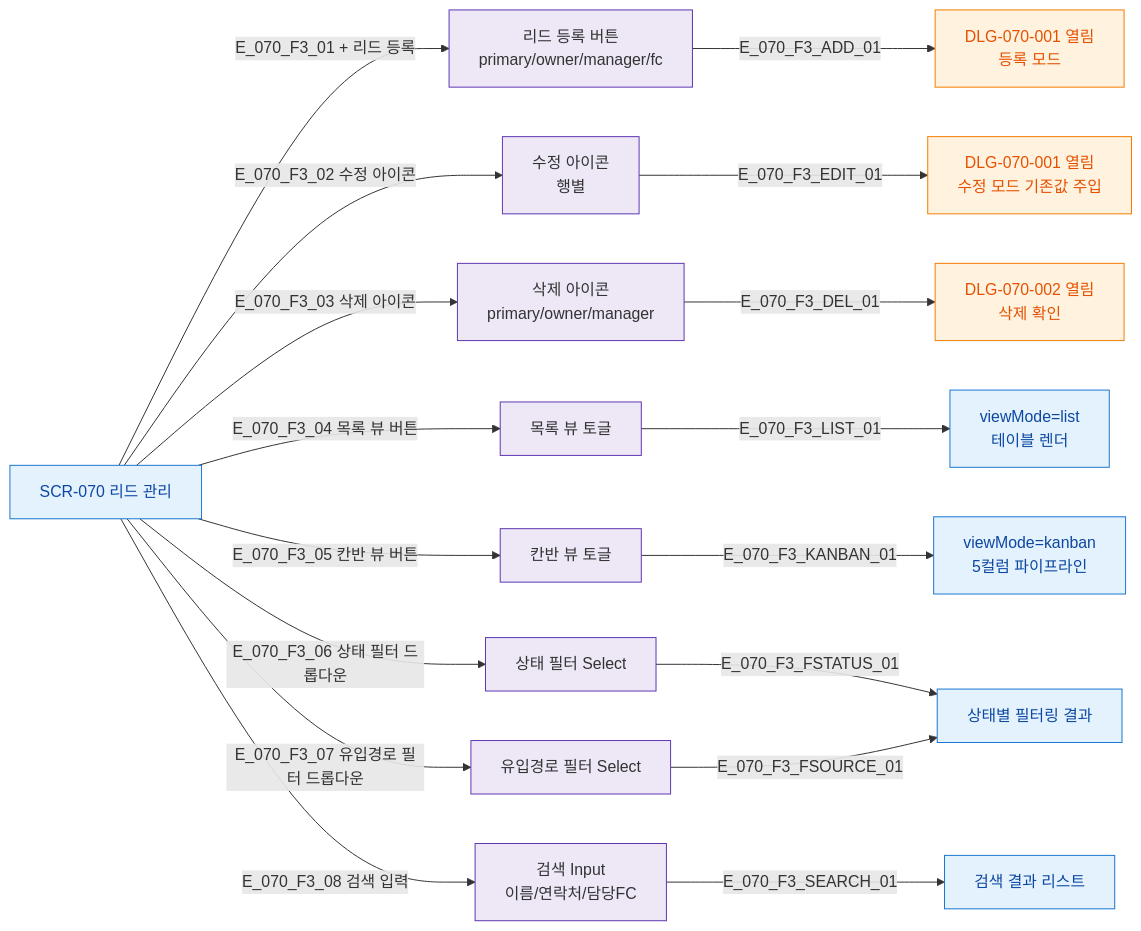
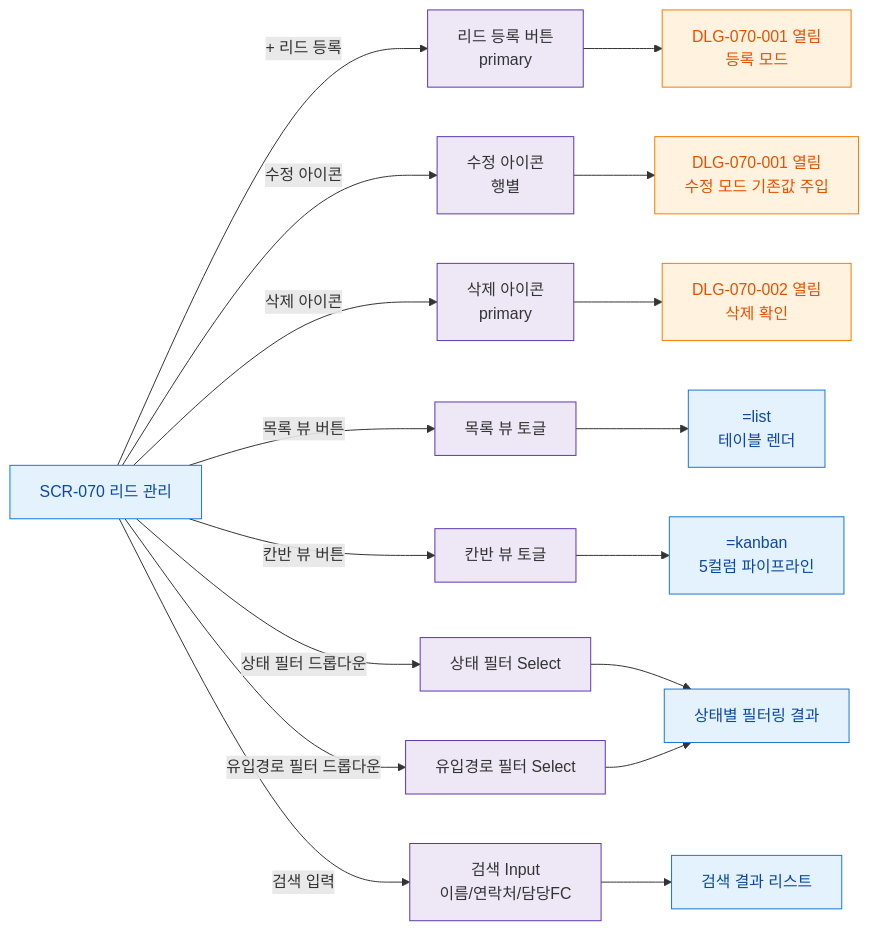
The diagram in docs/다이어그램/D08_마케팅/SCR-070_리드관리/F3_버튼액션.md (dev-spogym/admin-pando), drawn with Mermaid before and after one commit. The commit also changed other lines of this file and 1660 other files, not shown here.

First line of the commit message:
다이어그램: 기획자/클라이언트 납품본으로 정리

````diff
--- a/docs/다이어그램/D08_마케팅/SCR-070_리드관리/F3_버튼액션.md
+++ b/docs/다이어그램/D08_마케팅/SCR-070_리드관리/F3_버튼액션.md
@@ -22,30 +20,30 @@
 ```mermaid
 flowchart LR
   SCR_070[SCR-070 리드 관리]
 
-  SCR_070 -->|E_070_F3_01 + 리드 등록| BTN_ADD[리드 등록 버튼\nprimary/owner/manager/fc]
-  SCR_070 -->|E_070_F3_02 수정 아이콘| BTN_EDIT[수정 아이콘\n행별]
-  SCR_070 -->|E_070_F3_03 삭제 아이콘| BTN_DEL[삭제 아이콘\nprimary/owner/manager]
-  SCR_070 -->|E_070_F3_04 목록 뷰 버튼| BTN_LIST[목록 뷰 토글]
-  SCR_070 -->|E_070_F3_05 칸반 뷰 버튼| BTN_KANBAN[칸반 뷰 토글]
-  SCR_070 -->|E_070_F3_06 상태 필터 드롭다운| BTN_FILTER_STATUS[상태 필터 Select]
-  SCR_070 -->|E_070_F3_07 유입경로 필터 드롭다운| BTN_FILTER_SOURCE[유입경로 필터 Select]
-  SCR_070 -->|E_070_F3_08 검색 입력| BTN_SEARCH[검색 Input\n이름/연락처/담당FC]
+  SCR_070 -->|+ 리드 등록|BTN_ADD[리드 등록 버튼\nprimary]
+  SCR_070 -->|수정 아이콘|BTN_EDIT[수정 아이콘\n행별]
+  SCR_070 -->|삭제 아이콘|BTN_DEL[삭제 아이콘\nprimary]
+  SCR_070 -->|목록 뷰 버튼|BTN_LIST[목록 뷰 토글]
+  SCR_070 -->|칸반 뷰 버튼|BTN_KANBAN[칸반 뷰 토글]
+  SCR_070 -->|상태 필터 드롭다운|BTN_FILTER_STATUS[상태 필터 Select]
+  SCR_070 -->|유입경로 필터 드롭다운|BTN_FILTER_SOURCE[유입경로 필터 Select]
+  SCR_070 -->|검색 입력|BTN_SEARCH[검색 Input\n이름/연락처/담당FC]
 
-  BTN_ADD -->|E_070_F3_ADD_01| DLG_001[DLG-070-001 열림\n등록 모드]
-  BTN_EDIT -->|E_070_F3_EDIT_01| DLG_001_EDIT[DLG-070-001 열림\n수정 모드 기존값 주입]
-  BTN_DEL -->|E_070_F3_DEL_01| DLG_002[DLG-070-002 열림\n삭제 확인]
-  BTN_LIST -->|E_070_F3_LIST_01| VIEW_LIST[viewMode=list\n테이블 렌더]
-  BTN_KANBAN -->|E_070_F3_KANBAN_01| VIEW_KANBAN[viewMode=kanban\n5컬럼 파이프라인]
-  BTN_FILTER_STATUS -->|E_070_F3_FSTATUS_01| FILTERED[상태별 필터링 결과]
-  BTN_FILTER_SOURCE -->|E_070_F3_FSOURCE_01| FILTERED
-  BTN_SEARCH -->|E_070_F3_SEARCH_01| SEARCHED[검색 결과 리스트]
+  BTN_ADD --> DLG_001[DLG-070-001 열림\n등록 모드]
+  BTN_EDIT --> DLG_001_EDIT[DLG-070-001 열림\n수정 모드 기존값 주입]
+  BTN_DEL --> DLG_002[DLG-070-002 열림\n삭제 확인]
+  BTN_LIST --> VIEW_LIST[=list\n테이블 렌더]
+  BTN_KANBAN --> VIEW_KANBAN[=kanban\n5컬럼 파이프라인]
+  BTN_FILTER_STATUS --> FILTERED[상태별 필터링 결과]
+  BTN_FILTER_SOURCE --> FILTERED
+  BTN_SEARCH --> SEARCHED[검색 결과 리스트]
 
-  classDef screen      fill:#E3F2FD,stroke:#1976D2,color:#0D47A1
-  classDef modal       fill:#FFF3E0,stroke:#F57C00,color:#E65100
-  classDef system      fill:#EDE7F6,stroke:#5E35B2
+  classDef screen fill:#E3F2FD,stroke:#1976D2,color:#0D47A1
+  classDef modal fill:#FFF3E0,stroke:#F57C00,color:#E65100
+  classDef system fill:#EDE7F6,stroke:#5E35B2
 
   class SCR_070,VIEW_LIST,VIEW_KANBAN,FILTERED,SEARCHED screen
   class DLG_001,DLG_001_EDIT,DLG_002 modal
   class BTN_ADD,BTN_EDIT,BTN_DEL,BTN_LIST,BTN_KANBAN,BTN_FILTER_STATUS,BTN_FILTER_SOURCE,BTN_SEARCH system
 ```
````
